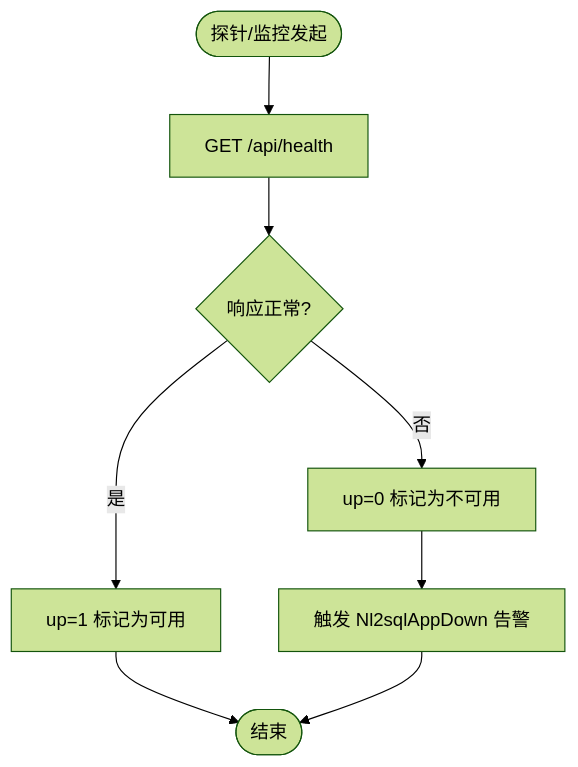
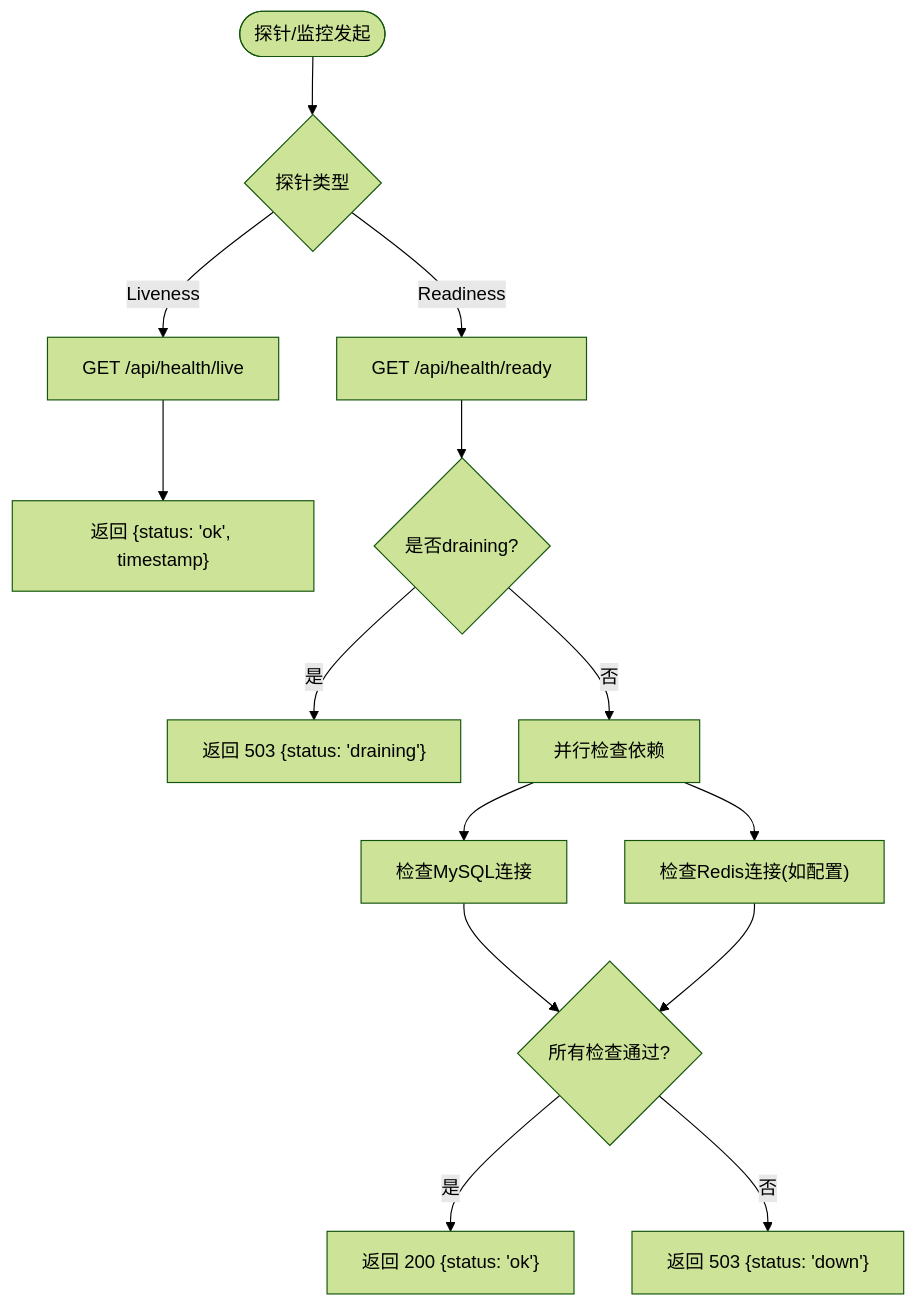
The third of 10 diagrams in .qoder/repowiki/zh/content/API参考/管理API/监控指标API.md (dgjin/smart-data-analytics), drawn with Mermaid (forest theme) before and after one commit. The commit also changed other lines of this file and 100 other files, not shown here.

````diff
--- a/.qoder/repowiki/zh/content/API参考/管理API/监控指标API.md
+++ b/.qoder/repowiki/zh/content/API参考/管理API/监控指标API.md
@@ -113,10 +142,16 @@
 ```mermaid
 flowchart TD
-Start(["探针/监控发起"]) --> Health["GET /api/health"]
-Health --> Resp{"响应正常?"}
-Resp --> |是| Up["up=1 标记为可用"]
-Resp --> |否| Down["up=0 标记为不可用"]
-Down --> Alert["触发 Nl2sqlAppDown 告警"]
-Up --> End(["结束"])
-Alert --> End
+Start(["探针/监控发起"]) --> Type{"探针类型"}
+Type --> |Liveness| Live["GET /api/health/live"]
+Type --> |Readiness| Ready["GET /api/health/ready"]
+Live --> LiveResp["返回 {status: 'ok', timestamp}"]
+Ready --> DrainCheck{"是否draining?"}
+DrainCheck --> |是| DrainResp["返回 503 {status: 'draining'}"]
+DrainCheck --> |否| DepChecks["并行检查依赖"]
+DepChecks --> MySQLCheck["检查MySQL连接"]
+DepChecks --> RedisCheck["检查Redis连接(如配置)"]
+MySQLCheck --> CheckResult{"所有检查通过?"}
+RedisCheck --> CheckResult
+CheckResult --> |是| ReadyOk["返回 200 {status: 'ok'}"]
+CheckResult --> |否| ReadyDown["返回 503 {status: 'down'}"]
 ```
````
